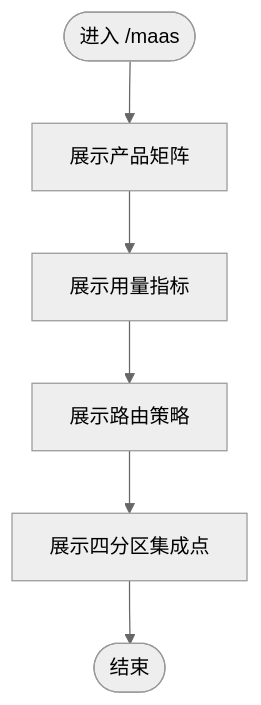
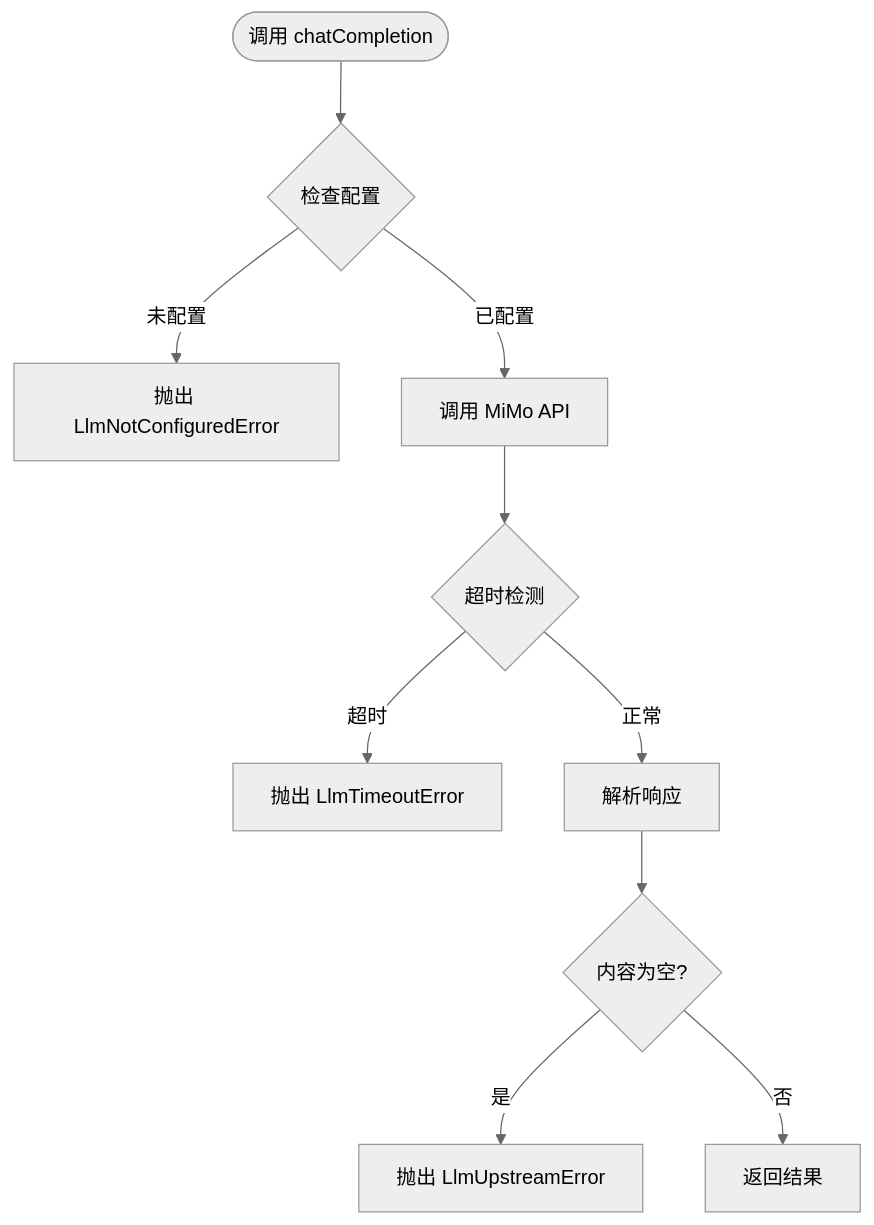
The third of 6 diagrams in .qoder/repowiki/zh/content/功能模块/MaaS 模型服务集成.md (ai-guru-global/agent-up), drawn with Mermaid (neutral theme) before and after one commit. The commit also changed other lines of this file and 32 other files, not shown here.

````diff
--- a/.qoder/repowiki/zh/content/功能模块/MaaS 模型服务集成.md
+++ b/.qoder/repowiki/zh/content/功能模块/MaaS 模型服务集成.md
@@ -117,8 +158,12 @@
 ```mermaid
 flowchart TD
-Start(["进入 /maas"]) --> Matrix["展示产品矩阵"]
-Matrix --> Usage["展示用量指标"]
-Usage --> Routing["展示路由策略"]
-Routing --> Integration["展示四分区集成点"]
-Integration --> End(["结束"])
+Start(["调用 chatCompletion"]) --> CheckConfig{"检查配置"}
+CheckConfig --> |未配置| Error503["抛出 LlmNotConfiguredError"]
+CheckConfig --> |已配置| CallAPI["调用 MiMo API"]
+CallAPI --> Timeout{"超时检测"}
+Timeout --> |超时| Error504["抛出 LlmTimeoutError"]
+Timeout --> |正常| ParseResponse["解析响应"]
+ParseResponse --> EmptyContent{"内容为空?"}
+EmptyContent --> |是| Error502["抛出 LlmUpstreamError"]
+EmptyContent --> |否| ReturnResult["返回结果"]
 ```
````
